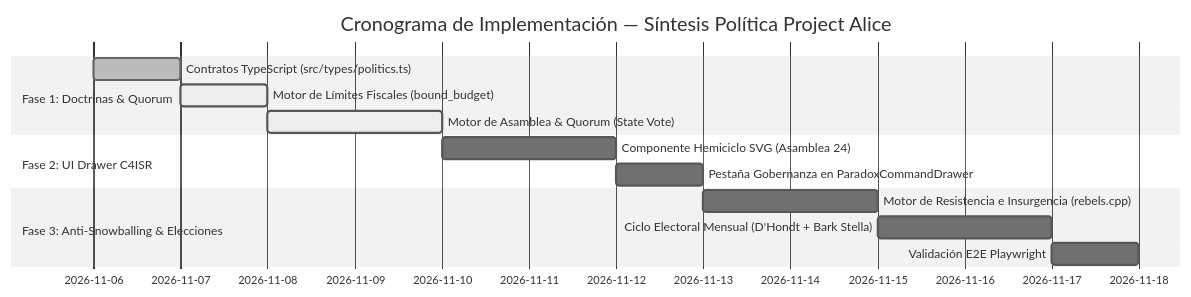
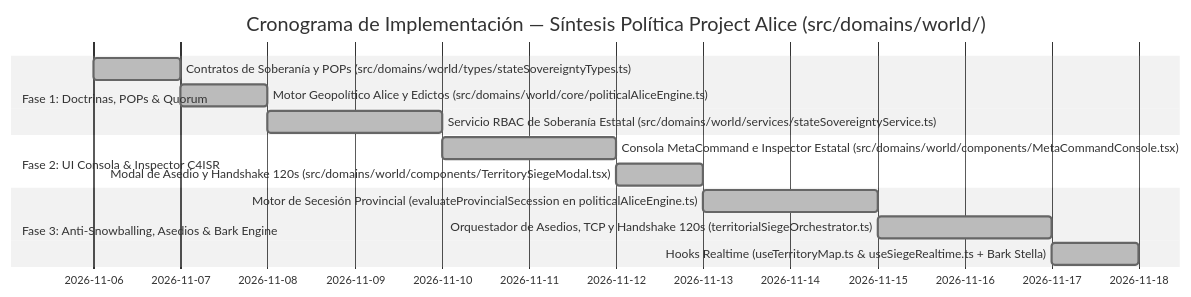
One commit to davikisea/GEOTACTICS-ONLINE changed the fourth of 4 diagrams in docs/PROPUESTA_INTEGRACION_SISTEMA_POLITICO_PROJECT_ALICE.md. Above: the diagram before and after it, drawn with Mermaid (neutral theme). The commit also changed other lines of this file and 352 other files, not shown here.

Commit message:
feat(architecture): migración modular a 4 dominios (@domains/*), consolidación de base de datos y sincronización de suites deterministas

````diff
--- a/docs/PROPUESTA_INTEGRACION_SISTEMA_POLITICO_PROJECT_ALICE.md
+++ b/docs/PROPUESTA_INTEGRACION_SISTEMA_POLITICO_PROJECT_ALICE.md
@@ -780,16 +836,16 @@
 ```mermaid
 gantt
-    title Cronograma de Implementación — Síntesis Política Project Alice
+    title Cronograma de Implementación — Síntesis Política Project Alice (src/domains/world/)
     dateFormat  YYYY-MM-DD
-    section Fase 1: Doctrinas & Quorum
-    Contratos TypeScript (src/types/politics.ts)    :done, 2026-11-06, 1d
-    Motor de Límites Fiscales (bound_budget)        :active, 2026-11-07, 1d
-    Motor de Asamblea & Quorum (State Vote)         :active, 2026-11-08, 2d
-    section Fase 2: UI Drawer C4ISR
-    Componente Hemiciclo SVG (Asamblea 24)          :2026-11-10, 2d
-    Pestaña Gobernanza en ParadoxCommandDrawer      :2026-11-12, 1d
-    section Fase 3: Anti-Snowballing & Elecciones
-    Motor de Resistencia e Insurgencia (rebels.cpp) :2026-11-13, 2d
-    Ciclo Electoral Mensual (D'Hondt + Bark Stella) :2026-11-15, 2d
-    Validación E2E Playwright                       :2026-11-17, 1d
+    section Fase 1: Doctrinas, POPs & Quorum
+    Contratos de Soberanía y POPs (src/domains/world/types/stateSovereigntyTypes.ts) :done, 2026-11-06, 1d
+    Motor Geopolítico Alice y Edictos (src/domains/world/core/politicalAliceEngine.ts) :done, 2026-11-07, 1d
+    Servicio RBAC de Soberanía Estatal (src/domains/world/services/stateSovereigntyService.ts) :done, 2026-11-08, 2d
+    section Fase 2: UI Consola & Inspector C4ISR
+    Consola MetaCommand e Inspector Estatal (src/domains/world/components/MetaCommandConsole.tsx) :done, 2026-11-10, 2d
+    Modal de Asedio y Handshake 120s (src/domains/world/components/TerritorySiegeModal.tsx) :done, 2026-11-12, 1d
+    section Fase 3: Anti-Snowballing, Asedios & Bark Engine
+    Motor de Secesión Provincial (evaluateProvincialSecession en politicalAliceEngine.ts) :done, 2026-11-13, 2d
+    Orquestador de Asedios, TCP y Handshake 120s (territorialSiegeOrchestrator.ts) :done, 2026-11-15, 2d
+    Hooks Realtime (useTerritoryMap.ts & useSiegeRealtime.ts + Bark Stella) :done, 2026-11-17, 1d
 ```
````
